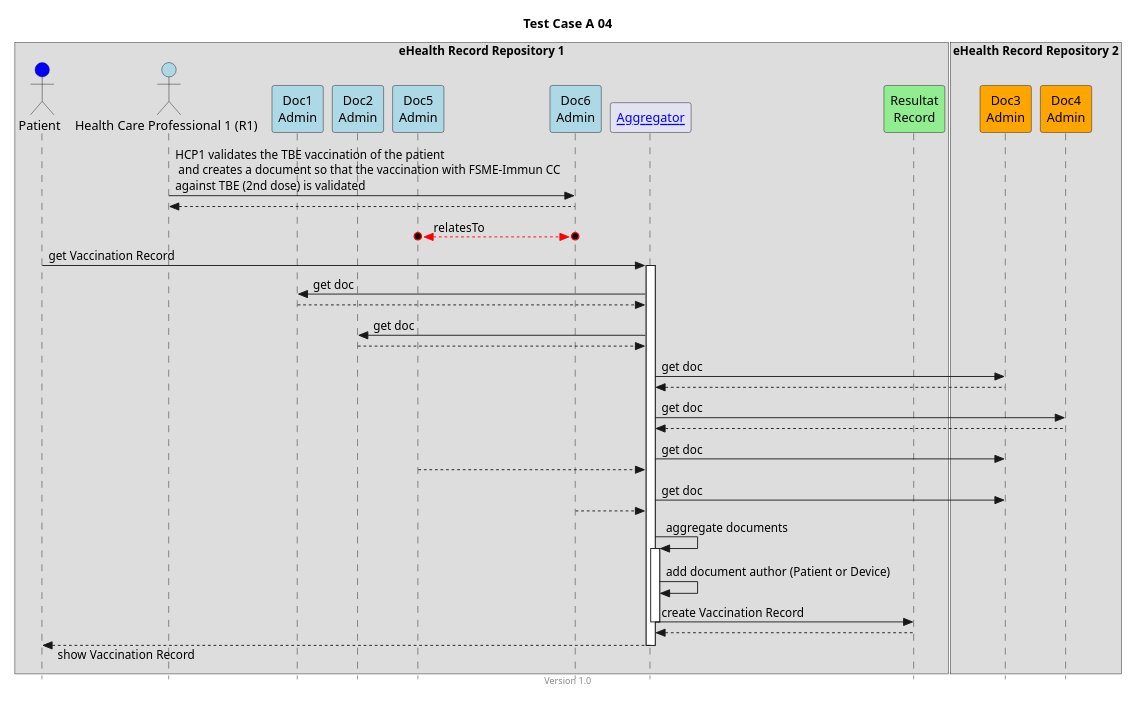
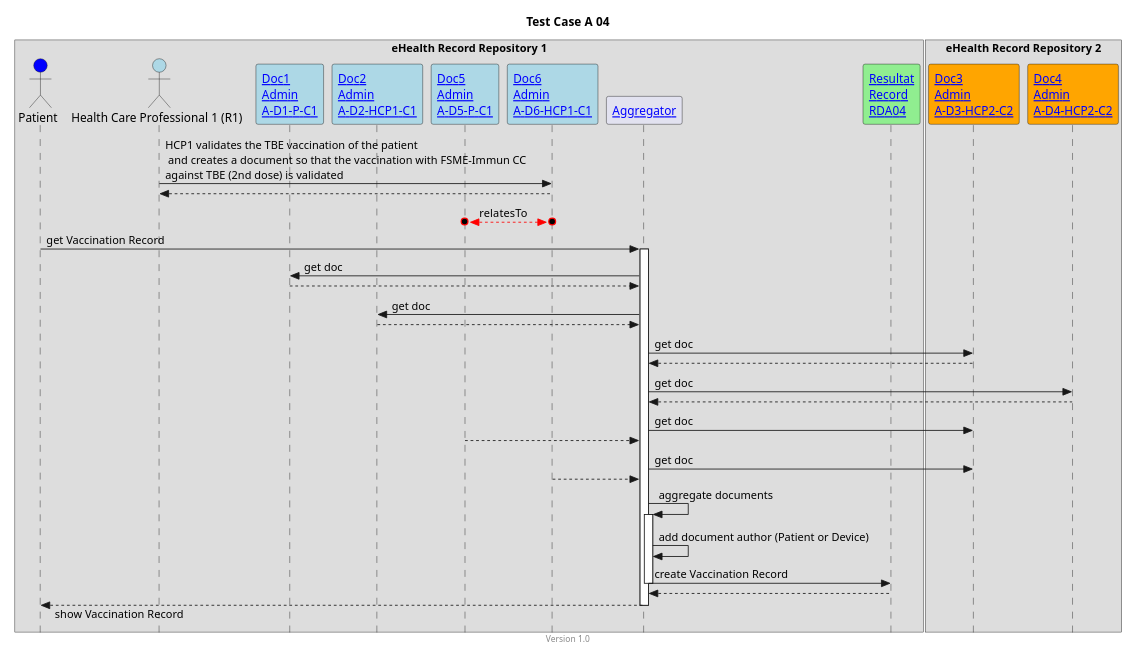
The diagram in input/images-source/TCA04.plantuml (hl7ch/ch-vacd), drawn with PlantUML before and after one commit. The commit also changed 27 other files, not shown here.

Commit message:
add links to TC diagrams and links on different places to serve better informations to users #354

```diff
--- a/input/images-source/TCA04.plantuml
+++ b/input/images-source/TCA04.plantuml
@@ -1,61 +1,60 @@
 @startuml
 title Test Case A 04
 footer Version 1.0
 skinparam responseMessageBelowArrow true
 skinparam style strictuml
 scale max 800 width
 
 box "eHealth Record Repository 1"
 actor "Patient" as PAT #blue
 actor "Health Care Professional 1 (R1)" as HCP1_C1 #lightblue
-participant "Doc1\nAdmin" as Doc1 #lightblue
-participant "Doc2\nAdmin" as Doc2 #lightblue
-participant "Doc5\nAdmin" as Doc5 #lightblue
-participant "Doc6\nAdmin" as Doc6 #lightblue
+participant "[[Bundle-A-D1-P-C1.html Doc1\nAdmin\nA-D1-P-C1]]" as Doc1 #lightblue
+participant "[[Bundle-A-D2-HCP1-C1.html Doc2\nAdmin\nA-D2-HCP1-C1]]" as Doc2 #lightblue
+participant "[[Bundle-A-D5-P-C1.html Doc5\nAdmin\nA-D5-P-C1]]" as Doc5 #lightblue
+participant "[[Bundle-A-D6-HCP1-C1.html Doc6\nAdmin\nA-D6-HCP1-C1]]" as Doc6 #lightblue
 participant "[[aggregator.html Aggregator]]" as AGG
-participant "Resultat\nRecord" as RES #lightgreen
+participant "[[Bundle-RDA04.html Resultat\nRecord\nRDA04]]" as RES #lightgreen
 end box
-
 
 HCP1_C1 -> Doc6: HCP1 validates the TBE vaccination of the patient \n and creates a document so that the vaccination with FSME-Immun CC\nagainst TBE (2nd dose) is validated
 HCP1_C1 <-- Doc6
 Doc6 o<-[#red]->o Doc5: relatesTo 
 
 box "eHealth Record Repository 2"
-participant "Doc3\nAdmin" as Doc3 #orange
-participant "Doc4\nAdmin" as Doc4 #orange
+participant "[[Bundle-A-D3-HCP2-C2.html Doc3\nAdmin\nA-D3-HCP2-C2]]" as Doc3 #orange
+participant "[[Bundle-A-D4-HCP2-C2.html Doc4\nAdmin\nA-D4-HCP2-C2]]" as Doc4 #orange
 end box
 
 PAT -> AGG: get Vaccination Record
 activate AGG
 
 AGG -> Doc1: get doc
 AGG <-- Doc1
 
 AGG -> Doc2: get doc
 AGG <-- Doc2
 
 AGG -> Doc3: get doc
 AGG <-- Doc3
 
 AGG -> Doc4: get doc
 AGG <-- Doc4
 
 AGG -> Doc3: get doc
 AGG <-- Doc5
 
 AGG -> Doc3: get doc
 AGG <-- Doc6
 
 AGG -> AGG: aggregate documents 
 activate AGG
 AGG -> AGG: add document author (Patient or Device)
 AGG -> RES: create Vaccination Record
 deactivate AGG
 AGG <-- RES
 
 PAT <-- AGG: show Vaccination Record
 deactivate AGG
 
 
 @enduml
```
